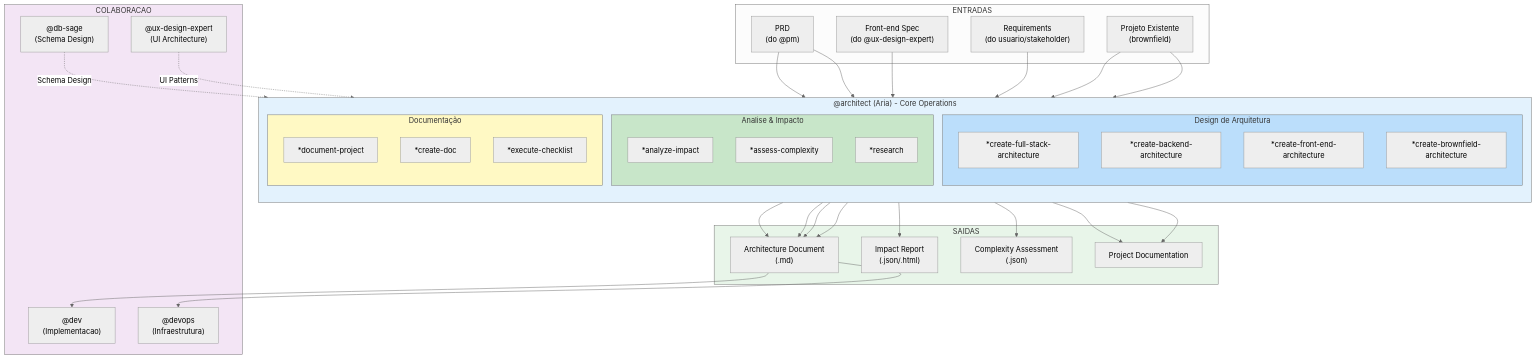
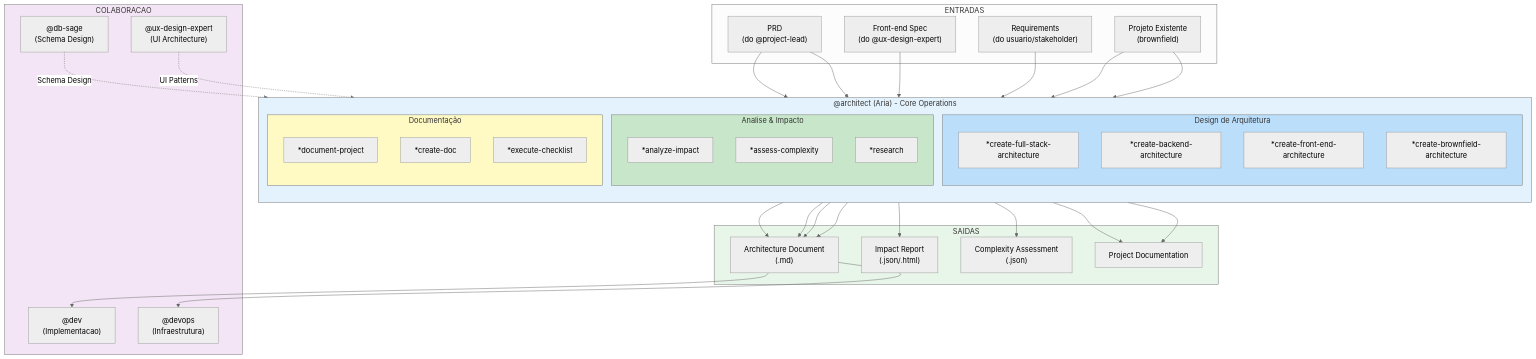
One commit to caioimori/sinapse-ai changed the first of 8 diagrams in docs/sinapse-agent-flows/architect-system.md. Above: the diagram before and after it, drawn with Mermaid (neutral theme). The commit also changed other lines of this file and 873 other files, not shown here.

````diff
--- a/docs/sinapse-agent-flows/architect-system.md
+++ b/docs/sinapse-agent-flows/architect-system.md
@@ -92,77 +92,77 @@
 ```mermaid
 flowchart TB
     subgraph INPUTS["ENTRADAS"]
-        PRD["PRD\n(do @pm)"]
+        PRD["PRD\n(do @project-lead)"]
         FRONTEND_SPEC["Front-end Spec\n(do @ux-design-expert)"]
         REQUIREMENTS["Requirements\n(do usuario/stakeholder)"]
         EXISTING_PROJECT["Projeto Existente\n(brownfield)"]
     end
 
     subgraph ARCHITECT_CORE["@architect (Aria) - Core Operations"]
         direction TB
 
         subgraph DESIGN["Design de Arquitetura"]
             FULLSTACK["*create-full-stack-architecture"]
             BACKEND["*create-backend-architecture"]
             FRONTEND["*create-front-end-architecture"]
             BROWNFIELD["*create-brownfield-architecture"]
         end
 
         subgraph ANALYSIS["Analise & Impacto"]
             IMPACT["*analyze-impact"]
             COMPLEXITY["*assess-complexity"]
             RESEARCH["*research"]
         end
 
         subgraph DOCS["Documentação"]
             DOC_PROJECT["*document-project"]
             CREATE_DOC["*create-doc"]
             CHECKLIST["*execute-checklist"]
         end
     end
 
     subgraph OUTPUTS["SAIDAS"]
         ARCH_DOC["Architecture Document\n(.md)"]
         IMPACT_REPORT["Impact Report\n(.json/.html)"]
         COMPLEXITY_JSON["Complexity Assessment\n(.json)"]
         PROJECT_DOCS["Project Documentation"]
     end
 
     subgraph COLLABORATION["COLABORACAO"]
         DB_SAGE["@db-sage\n(Schema Design)"]
         UX_EXPERT["@ux-design-expert\n(UI Architecture)"]
         DEV["@dev\n(Implementacao)"]
         DEVOPS["@devops\n(Infraestrutura)"]
     end
 
     PRD --> FULLSTACK
     PRD --> BACKEND
     FRONTEND_SPEC --> FRONTEND
     REQUIREMENTS --> BROWNFIELD
     EXISTING_PROJECT --> DOC_PROJECT
     EXISTING_PROJECT --> BROWNFIELD
 
     FULLSTACK --> ARCH_DOC
     BACKEND --> ARCH_DOC
     FRONTEND --> ARCH_DOC
     BROWNFIELD --> ARCH_DOC
 
     IMPACT --> IMPACT_REPORT
     COMPLEXITY --> COMPLEXITY_JSON
 
     DOC_PROJECT --> PROJECT_DOCS
     CREATE_DOC --> PROJECT_DOCS
 
     ARCH_DOC --> DEV
     ARCH_DOC --> DEVOPS
 
     DB_SAGE -.->|"Schema Design"| FULLSTACK
     UX_EXPERT -.->|"UI Patterns"| FRONTEND
 
     style ARCHITECT_CORE fill:#e3f2fd
     style DESIGN fill:#bbdefb
     style ANALYSIS fill:#c8e6c9
     style DOCS fill:#fff9c4
     style OUTPUTS fill:#e8f5e9
     style COLLABORATION fill:#f3e5f5
 ```
````
